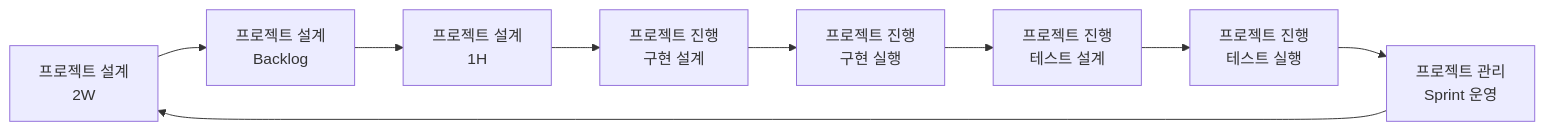
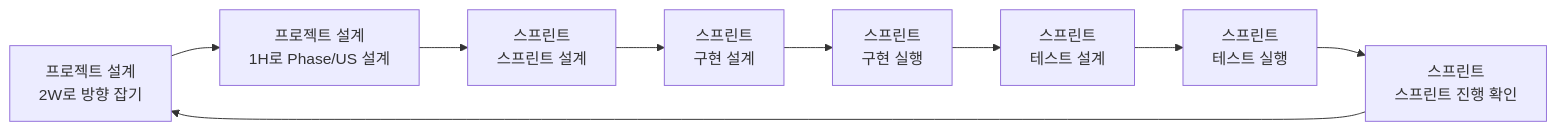
One commit to JuJin1324/problem-solving-skills changed the diagram in .codex/skills/agile-loop-2w/references/philosophy.md. Above: the diagram before and after it, drawn with Mermaid. The commit also changed other lines of this file and 16 other files, not shown here.

````diff
--- a/.codex/skills/agile-loop-2w/references/philosophy.md
+++ b/.codex/skills/agile-loop-2w/references/philosophy.md
@@ -4,11 +4,11 @@
 ```mermaid
 flowchart LR
-  A[프로젝트 설계<br/>2W] --> B[프로젝트 설계<br/>Backlog]
-  B --> C[프로젝트 설계<br/>1H]
-  C --> D[프로젝트 진행<br/>구현 설계]
-  D --> E[프로젝트 진행<br/>구현 실행]
-  E --> F[프로젝트 진행<br/>테스트 설계]
-  F --> G[프로젝트 진행<br/>테스트 실행]
-  G --> H[프로젝트 관리<br/>Sprint 운영]
+  A[프로젝트 설계<br/>2W로 방향 잡기] --> B[프로젝트 설계<br/>1H로 Phase/US 설계]
+  B --> C
+  C[스프린트<br/>스프린트 설계] --> D[스프린트<br/>구현 설계]
+  D --> E[스프린트<br/>구현 실행]
+  E --> F[스프린트<br/>테스트 설계]
+  F --> G[스프린트<br/>테스트 실행]
+  G --> H[스프린트<br/>스프린트 진행 확인]
   H --> A
 ```
````
